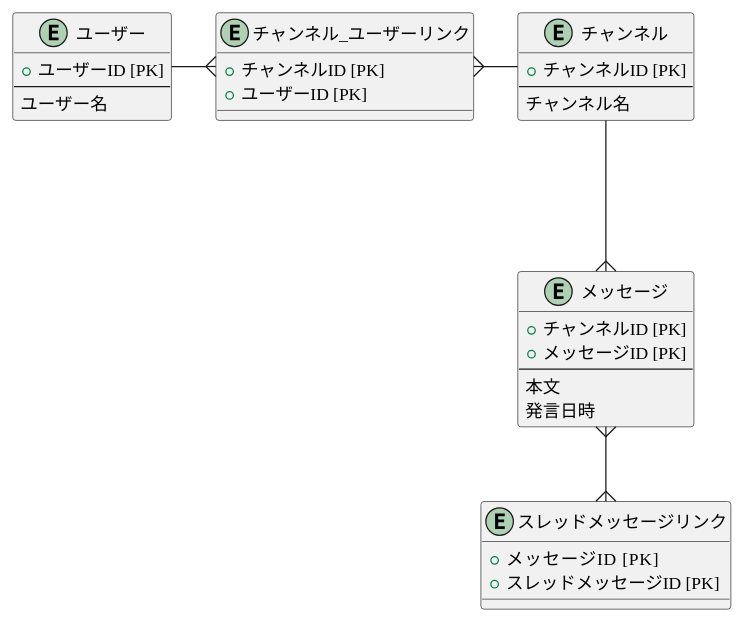
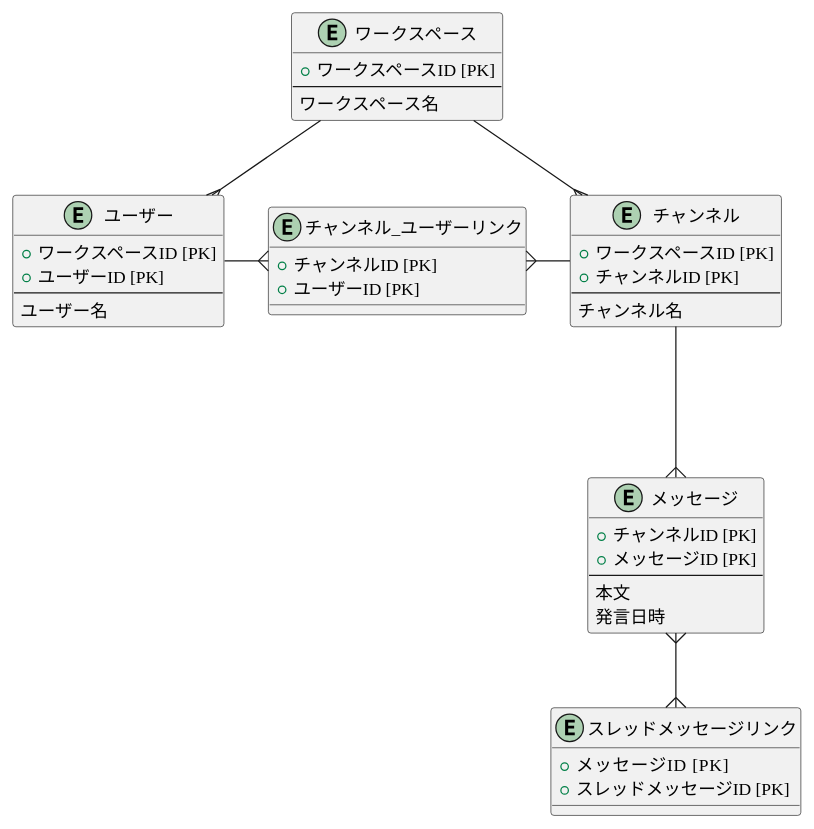
One commit to cashev/praha-challenge changed the diagram in db-model/lesson02/task01.pu. Above: the diagram before and after it, drawn with PlantUML. The commit also changed 1 other file, not shown here.

```diff
--- a/db-model/lesson02/task01.pu
+++ b/db-model/lesson02/task01.pu
@@ -1,59 +1,69 @@
 @startuml
 
 /'
   メッセージ
   スレッドメッセージ
   チャンネル
   ユーザー 
  '/
 
+entity "ワークスペース" as workspaces {
+  + ワークスペースID [PK]
+  --
+  ワークスペース名
+}
+
 entity "ユーザー" as users {
+  + ワークスペースID [PK]
   + ユーザーID [PK]
   --
   ユーザー名
 }
 
 entity "チャンネル" as channels {
+  + ワークスペースID [PK]
   + チャンネルID [PK]
   --
   チャンネル名
 }
 
 entity "チャンネル_ユーザーリンク" as channels_user_link {
   + チャンネルID [PK]
   + ユーザーID [PK]
 }
 
 entity "メッセージ" as messages {
   + チャンネルID [PK]
   + メッセージID [PK]
   --
   本文
   発言日時
 }
 
 entity "スレッドメッセージリンク" as thread_message_link {
   + メッセージID   [PK]
   + スレッドメッセージID [PK]
 }
 
 /'
 関係性
 ------   :1
 ----||   :1 and only 1
 ----o|   :0 or 1
 -----{   :many
 ----|{   :1 or more
 ----o{   :0 or many
 
 entityの位置
 ri ...right
 le ...left
 do ...down
 '/
+workspaces --{ users
+workspaces --{ channels
 users    --ri-{ channels_user_link
 channels --le-{ channels_user_link
 channels ---{ messages
 messages }--{ thread_message_link
 
 @enduml
```
